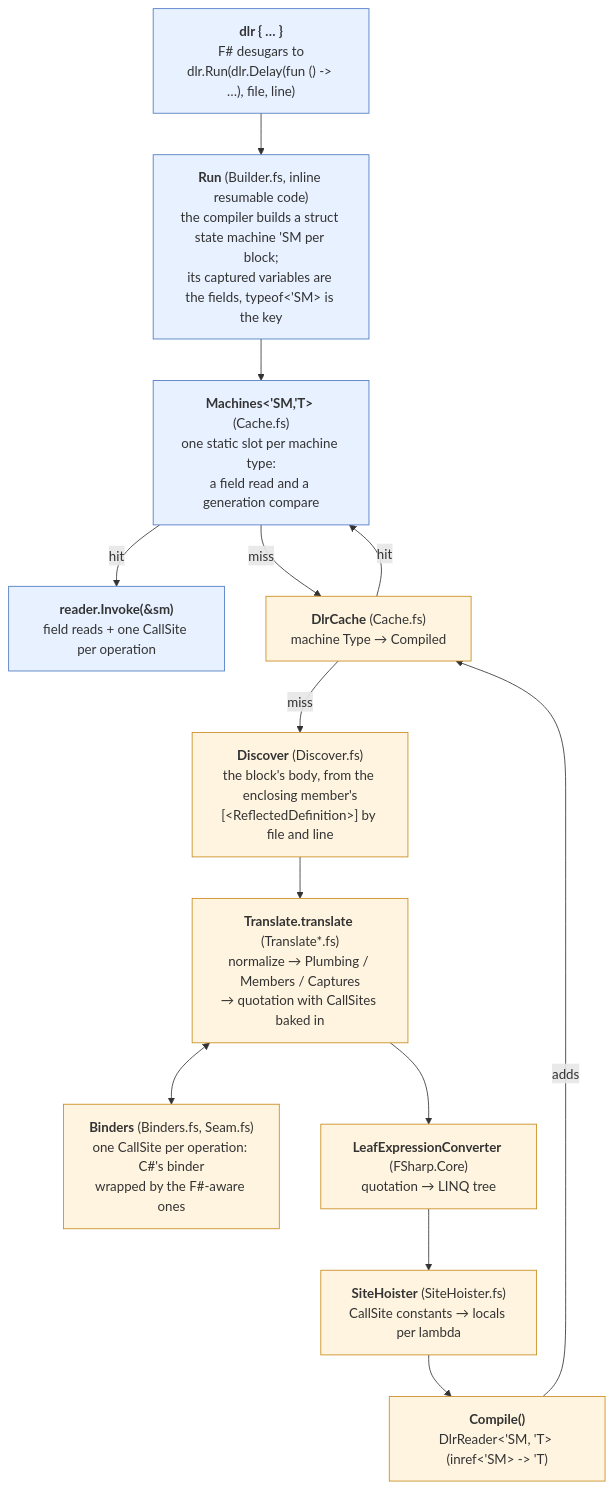
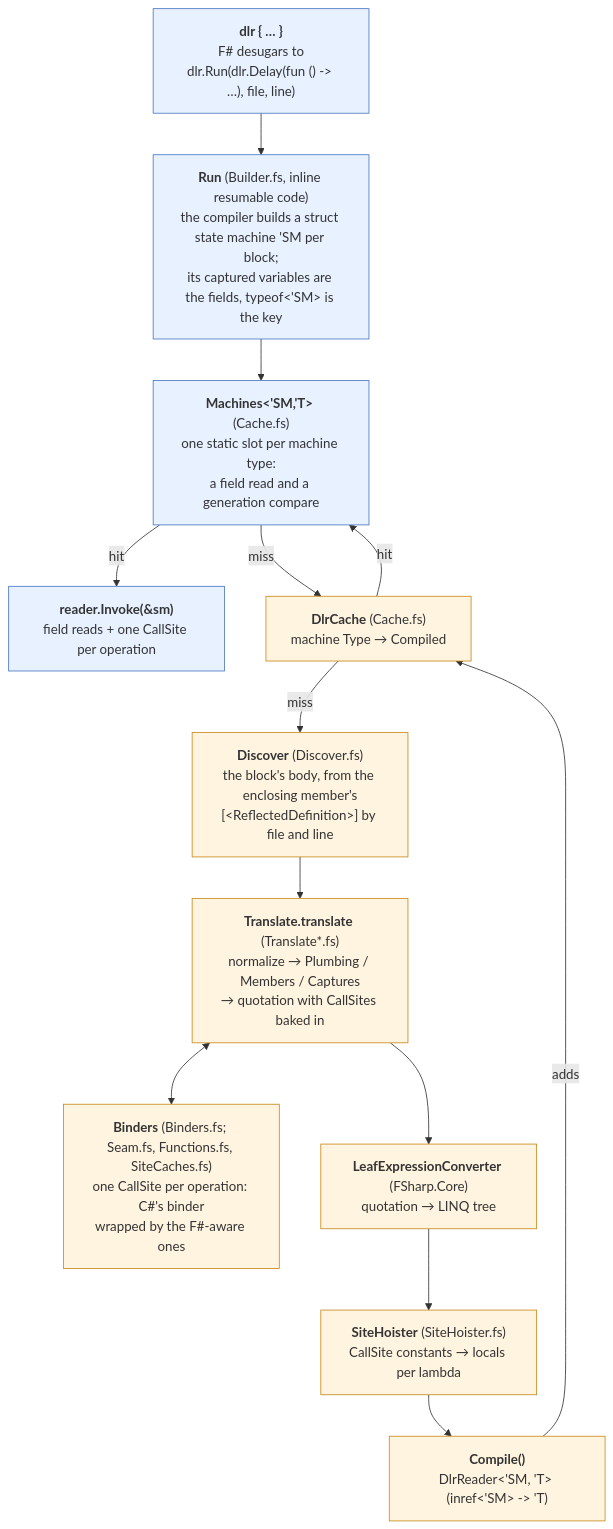
The first of 3 diagrams in docs/pipeline.md (ekonbenefits/FSharp.Interop.Dlr), drawn with Mermaid before and after one commit. The commit also changed other lines of this file and 4 other files, not shown here.

First line of the commit message:
Docs check (#164): binders, pipeline, call-sites and caches pages against the code

````diff
--- a/docs/pipeline.md
+++ b/docs/pipeline.md
@@ -8,27 +8,27 @@
 ```mermaid
 flowchart TD
     src["<b>dlr { … }</b><br/>F# desugars to<br/>dlr.Run(dlr.Delay(fun () -> …), file, line)"]
     run["<b>Run</b> (Builder.fs, inline resumable code)<br/>the compiler builds a struct state machine 'SM per block;<br/>its captured variables are the fields, typeof&lt;'SM&gt; is the key"]
     sites["<b>Machines&lt;'SM,'T&gt;</b> (Cache.fs)<br/>one static slot per machine type:<br/>a field read and a generation compare"]
     invoke["<b>reader.Invoke(&amp;sm)</b><br/>field reads + one CallSite per operation"]
     cache["<b>DlrCache</b> (Cache.fs)<br/>machine Type → Compiled"]
     discover["<b>Discover</b> (Discover.fs)<br/>the block's body, from the enclosing member's<br/>[&lt;ReflectedDefinition&gt;] by file and line"]
     translate["<b>Translate.translate</b> (Translate*.fs)<br/>normalize → Plumbing / Members / Captures<br/>→ quotation with CallSites baked in"]
-    binders["<b>Binders</b> (Binders.fs, Seam.fs)<br/>one CallSite per operation: C#'s binder<br/>wrapped by the F#-aware ones"]
+    binders["<b>Binders</b> (Binders.fs; Seam.fs, Functions.fs, SiteCaches.fs)<br/>one CallSite per operation: C#'s binder<br/>wrapped by the F#-aware ones"]
     conv["<b>LeafExpressionConverter</b> (FSharp.Core)<br/>quotation → LINQ tree"]
     hoist["<b>SiteHoister</b> (SiteHoister.fs)<br/>CallSite constants → locals per lambda"]
     compile["<b>Compile()</b><br/>DlrReader&lt;'SM, 'T&gt; (inref&lt;'SM&gt; -> 'T)"]
 
     src --> run --> sites
     sites -- hit --> invoke
     sites -- miss --> cache
     cache -- miss --> discover --> translate
     translate <--> binders
     translate --> conv --> hoist --> compile -- adds --> cache
     cache -- hit --> sites
 
     classDef entry fill:#e8f1ff,stroke:#4a78c2
     classDef compileOnce fill:#fff4e0,stroke:#c98a1b
     class src,run,sites,invoke entry
     class cache,discover,translate,binders,conv,hoist,compile compileOnce
 ```
````
